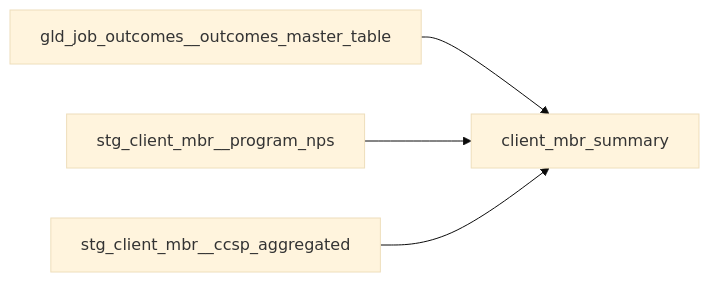
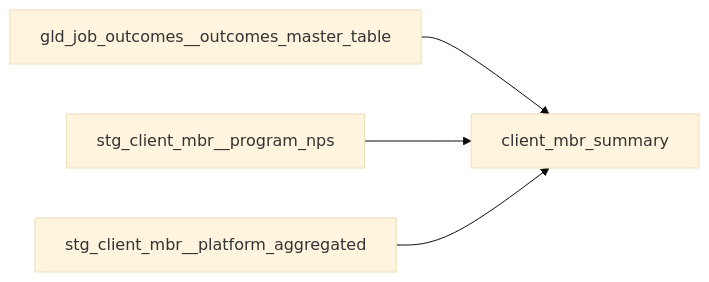
Before and after one commit to jealberton/dbt-portfolio: the first of 3 diagrams in docs/client_mbr_README.md, drawn with Mermaid (base theme). The commit also changed other lines of this file, not shown here.

First line of the commit message:
Update client_mbr_README.md

````diff
--- a/docs/client_mbr_README.md
+++ b/docs/client_mbr_README.md
@@ -19,7 +19,7 @@
   ```mermaid
         graph LR
           client_mbr_summary["client_mbr_summary"]
           gld_job_outcomes__outcomes_master_table --> client_mbr_summary
           stg_client_mbr__program_nps --> client_mbr_summary
-          stg_client_mbr__ccsp_aggregated --> client_mbr_summary  
+          stg_client_mbr__platform_aggregated --> client_mbr_summary  
   ```
````
